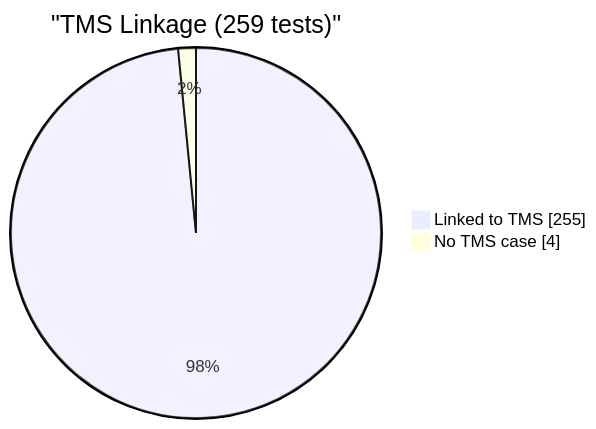
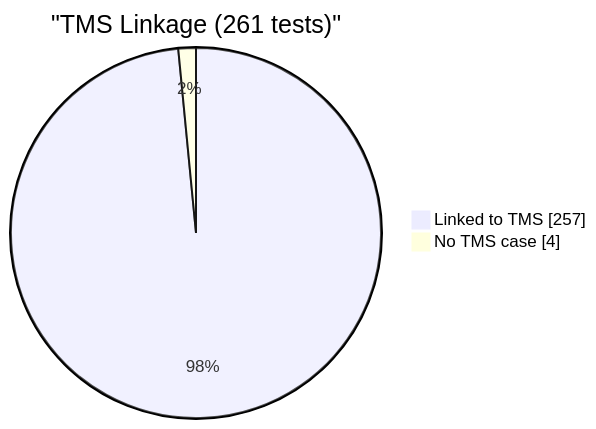
Before and after one commit to EliteaAI/onetest-ai-tm-Elitea: the fourth of 6 diagrams in reports/dashboard.md, drawn with Mermaid. The commit also changed other lines of this file and 1 other file, not shown here.

````diff
--- a/reports/dashboard.md
+++ b/reports/dashboard.md
@@ -77,6 +77,6 @@
 ```mermaid
 pie showData
-    title "TMS Linkage (259 tests)"
-    "Linked to TMS" : 255
+    title "TMS Linkage (261 tests)"
+    "Linked to TMS" : 257
     "No TMS case" : 4
 ```
````
